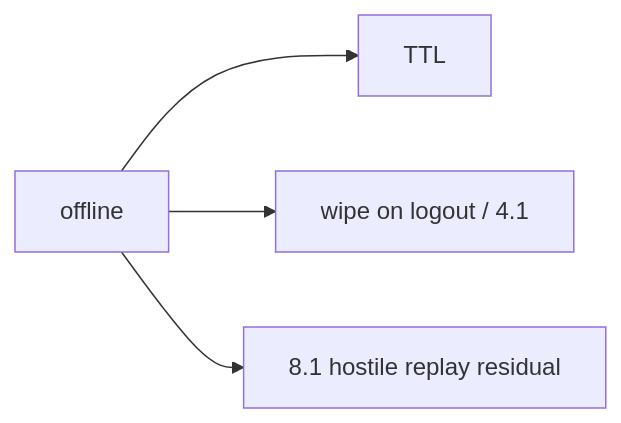
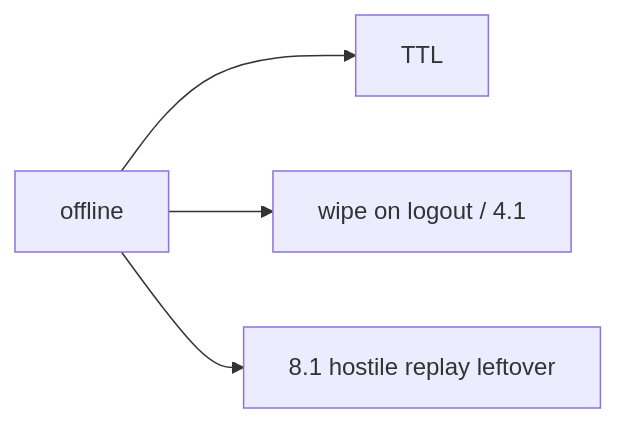
Before and after one commit to ishitvagoel/LearnSecurity: the second of 2 diagrams in content/modules/8/8.2/lessons/02-model.md, drawn with Mermaid. The commit also changed other lines of this file and 39 other files, not shown here.

````diff
--- a/content/modules/8/8.2/lessons/02-model.md
+++ b/content/modules/8/8.2/lessons/02-model.md
@@ -28,6 +27,6 @@
 ```mermaid
 flowchart LR
   Offline[offline] --> Expire[TTL]
   Offline --> Revoke["wipe on logout / 4.1"]
-  Offline --> Replay["8.1 hostile replay residual"]
+  Offline --> Replay["8.1 hostile replay leftover"]
 ```
````
